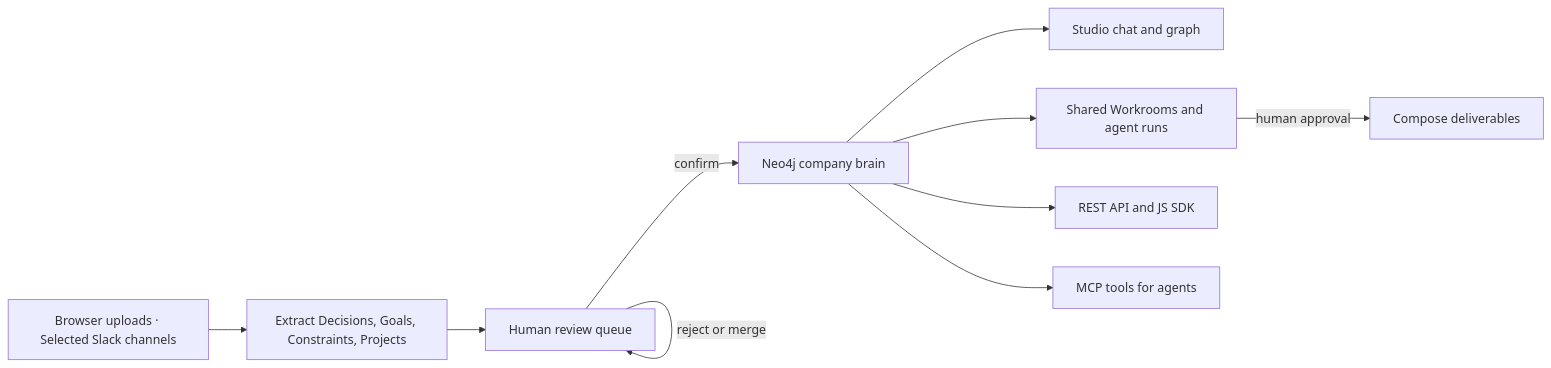
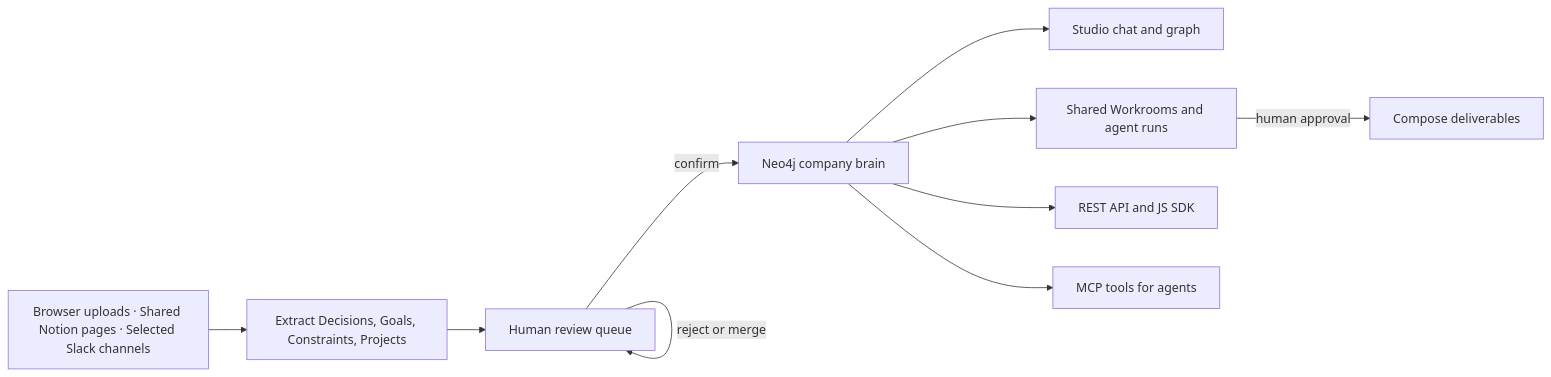
Before and after one commit to komponist-ai/komponist: the diagram in README.md, drawn with Mermaid. The commit also changed other lines of this file and 6 other files, not shown here.

````diff
--- a/README.md
+++ b/README.md
@@ -326,21 +337,21 @@
 ```mermaid
 flowchart LR
-    sources["Browser uploads · Selected Slack channels"]
+    sources["Browser uploads · Shared Notion pages · Selected Slack channels"]
     extract["Extract Decisions, Goals, Constraints, Projects"]
     review["Human review queue"]
     brain["Neo4j company brain"]
     studio["Studio chat and graph"]
     workrooms["Shared Workrooms and agent runs"]
     compose["Compose deliverables"]
     api["REST API and JS SDK"]
     mcp["MCP tools for agents"]
 
     sources --> extract --> review
     review -->|confirm| brain
     review -->|reject or merge| review
     brain --> studio
     brain --> workrooms
     workrooms -->|human approval| compose
     brain --> api
     brain --> mcp
 ```
````
